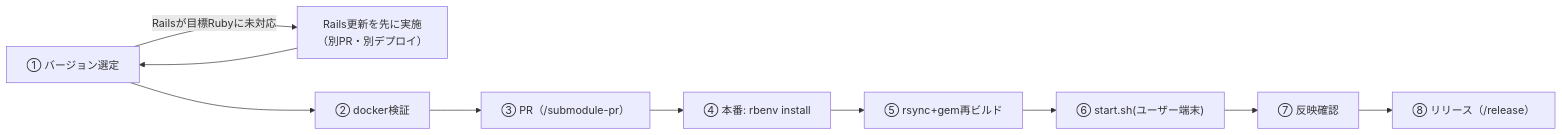
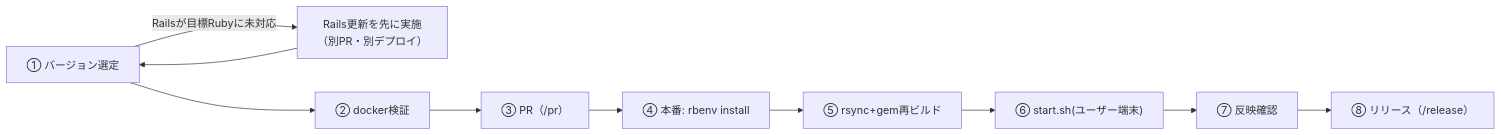
Before and after one commit to shin4488/financial-statement: the diagram in .claude/skills/ruby-upgrade/SKILL.md, drawn with Mermaid. The commit also changed other lines of this file and 12 other files, not shown here.

````diff
--- a/.claude/skills/ruby-upgrade/SKILL.md
+++ b/.claude/skills/ruby-upgrade/SKILL.md
@@ -10,12 +10,12 @@
 ```mermaid
 flowchart LR
     A["① バージョン選定"] -->|"Railsが目標Rubyに未対応"| R["Rails更新を先に実施<br>（別PR・別デプロイ）"]
     R --> A
     A --> B["② docker検証"]
-    B --> C["③ PR（/submodule-pr）"]
+    B --> C["③ PR（/pr）"]
     C --> D["④ 本番: rbenv install"]
     D --> E["⑤ rsync+gem再ビルド"]
     E --> F["⑥ start.sh(ユーザー端末)"]
     F --> G["⑦ 反映確認"]
     G --> H["⑧ リリース（/release）"]
 ```
````
